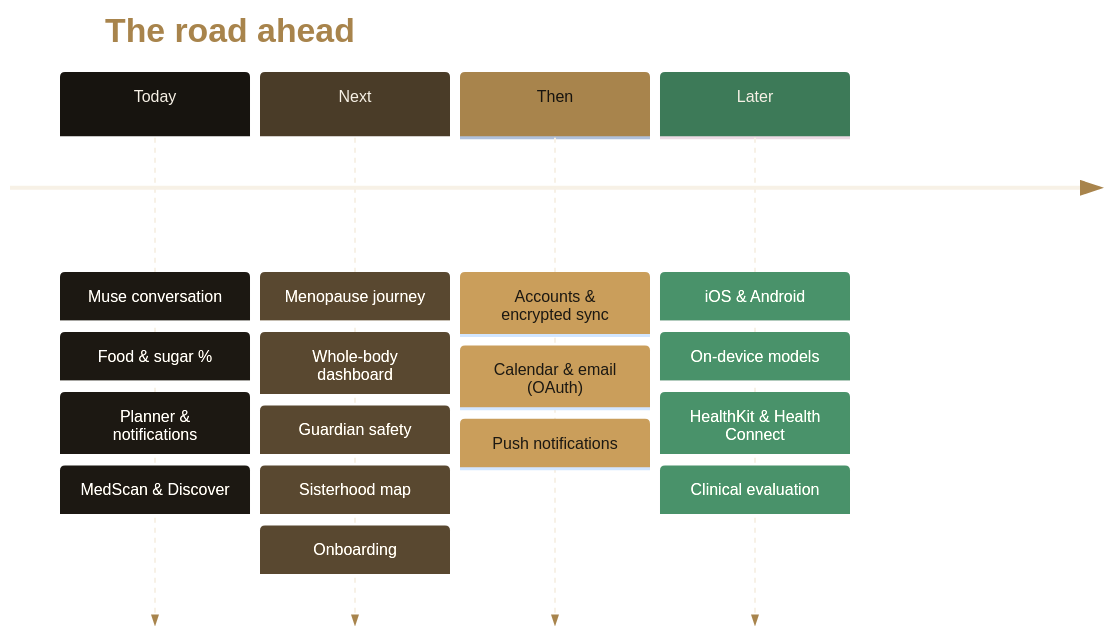
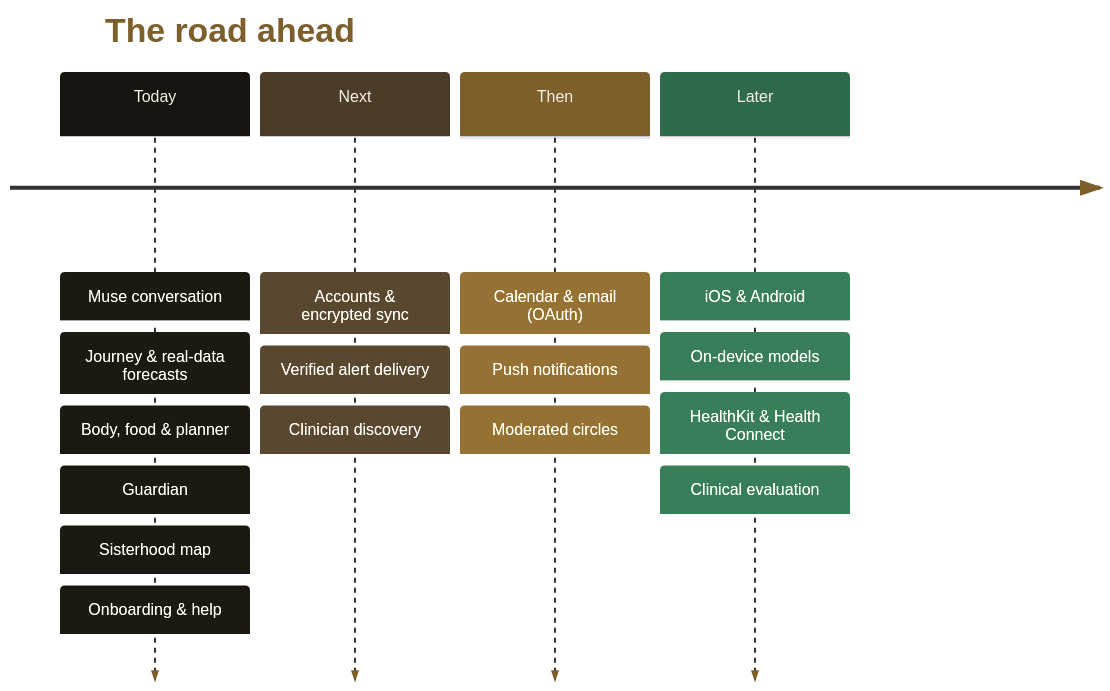
One commit to florina787/Data-sets changed the sixth of 6 diagrams in femora/README.md. Above: the diagram before and after it, drawn with Mermaid. The commit also changed other lines of this file and 37 other files, not shown here.

````diff
--- a/femora/README.md
+++ b/femora/README.md
@@ -318,9 +388,9 @@
 ```mermaid
-%%{init: {'theme':'base','themeVariables':{'primaryColor':'#17140f','primaryTextColor':'#f7f1e6','primaryBorderColor':'#a8844c','lineColor':'#a8844c','cScale0':'#17140f','cScale1':'#4a3c28','cScale2':'#a8844c','cScale3':'#3d7a58','cScaleLabel0':'#f7f1e6','cScaleLabel1':'#f7f1e6','cScaleLabel2':'#17140f','cScaleLabel3':'#f7f1e6','titleColor':'#a8844c','textColor':'#a8844c','fontFamily':'Georgia'}}}%%
+%%{init: {'theme':'base','themeVariables':{'cScale0':'#17140f','cScale1':'#4a3c28','cScale2':'#7c5f2b','cScale3':'#2f6a4a','cScaleLabel0':'#f7f1e6','cScaleLabel1':'#f7f1e6','cScaleLabel2':'#f7f1e6','cScaleLabel3':'#f7f1e6','titleColor':'#7c5f2b','textColor':'#7c5f2b','fontFamily':'Georgia'}}}%%
 timeline
     title The road ahead
-    Today : Muse conversation : Food & sugar % : Planner & notifications : MedScan & Discover
-    Next : Menopause journey : Whole-body dashboard : Guardian safety : Sisterhood map : Onboarding
-    Then : Accounts & encrypted sync : Calendar & email (OAuth) : Push notifications
+    Today : Muse conversation : Journey & real-data forecasts : Body, food & planner : Guardian : Sisterhood map : Onboarding & help
+    Next : Accounts & encrypted sync : Verified alert delivery : Clinician discovery
+    Then : Calendar & email (OAuth) : Push notifications : Moderated circles
     Later : iOS & Android : On-device models : HealthKit & Health Connect : Clinical evaluation
 ```
````
